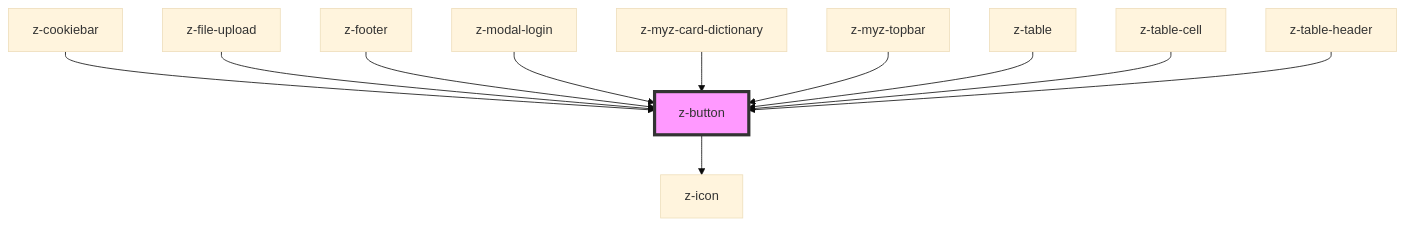
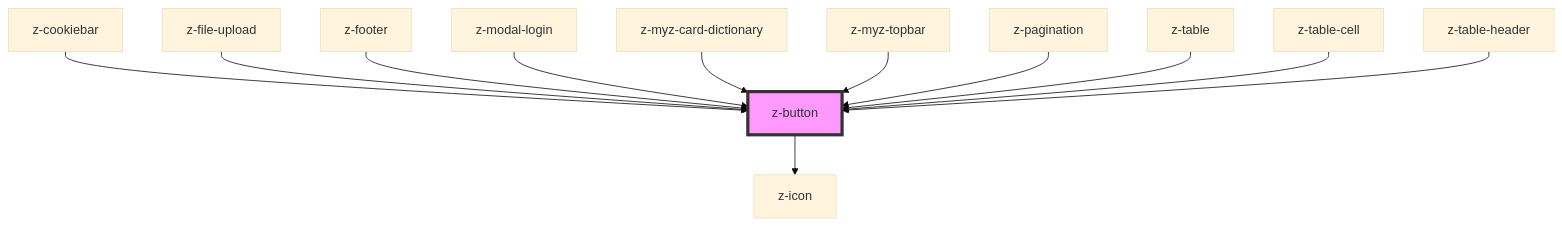
One commit to ZanichelliEditore/design-system changed the diagram in src/components/buttons/z-button/readme.md. Above: the diagram before and after it, drawn with Mermaid (base theme). The commit also changed other lines of this file and 4 other files, not shown here.

````diff
--- a/src/components/buttons/z-button/readme.md
+++ b/src/components/buttons/z-button/readme.md
@@ -72,14 +73,15 @@
 ```mermaid
 graph TD;
   z-button --> z-icon
   z-cookiebar --> z-button
   z-file-upload --> z-button
   z-footer --> z-button
   z-modal-login --> z-button
   z-myz-card-dictionary --> z-button
   z-myz-topbar --> z-button
+  z-pagination --> z-button
   z-table --> z-button
   z-table-cell --> z-button
   z-table-header --> z-button
   style z-button fill:#f9f,stroke:#333,stroke-width:4px
 ```
````
